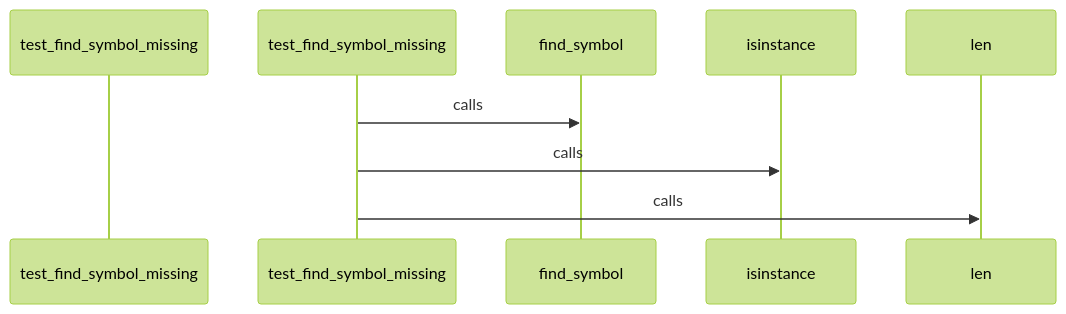
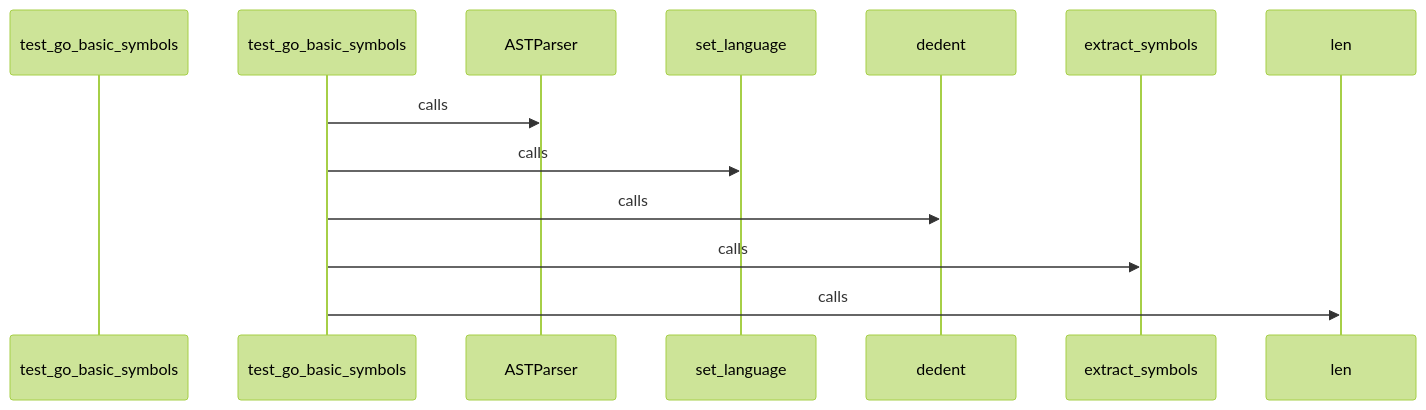
Diagram 25 of 28 in docs/CALL_FLOW.md (hazalkoom/DECODEx01), drawn with Mermaid (forest theme) before and after one commit. The commit also changed other lines of this file and 6 other files, not shown here.

Commit message:
feat: NLG heuristic improvements - stricter schema matching, python decorator parsing, utility path pruning

````diff
--- a/docs/CALL_FLOW.md
+++ b/docs/CALL_FLOW.md
@@ -843,17 +1045,25 @@
 ```mermaid
 sequenceDiagram
-    participant Start as test_find_symbol_missing
+    participant Start as test_go_basic_symbols
 
 
-    test_find_symbol_missing->>find_symbol: calls
+    test_go_basic_symbols->>ASTParser: calls
 
 
 
-    test_find_symbol_missing->>isinstance: calls
+    test_go_basic_symbols->>set_language: calls
 
 
 
-    test_find_symbol_missing->>len: calls
+    test_go_basic_symbols->>dedent: calls
+
+
+
+    test_go_basic_symbols->>extract_symbols: calls
+
+
+
+    test_go_basic_symbols->>len: calls
 
 
 ```
````
